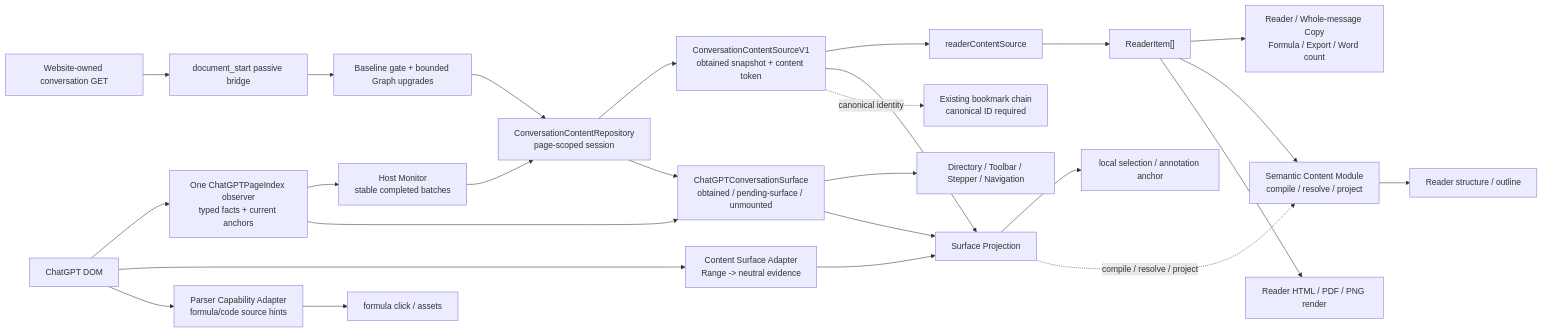
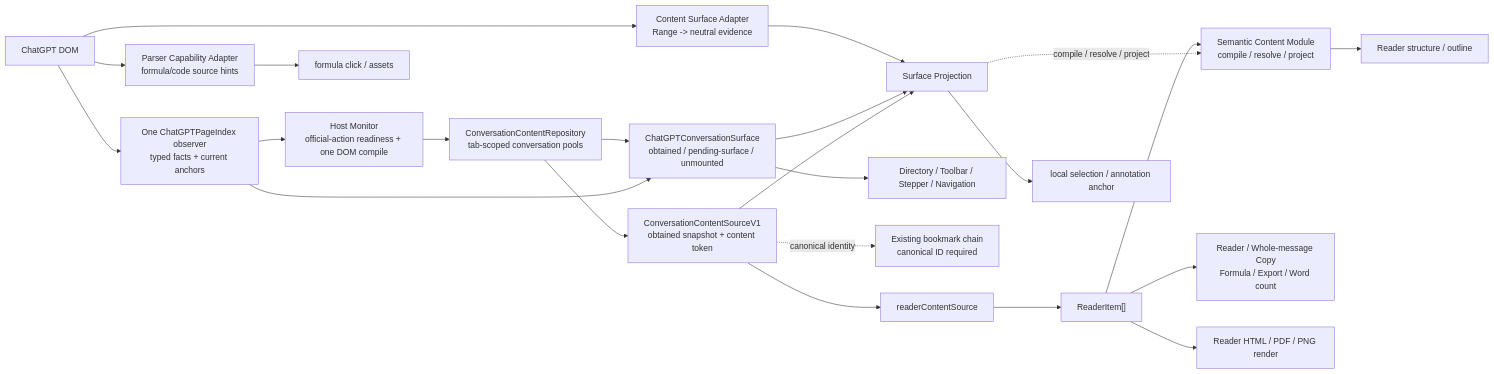
One commit to zhaoliangbin42/AI-MarkDone changed the diagram in docs/architecture/BLUEPRINT.md. Above: the diagram before and after it, drawn with Mermaid. The commit also changed other lines of this file and 58 other files, not shown here.

Commit message:
refactor(chatgpt): use DOM-authoritative content pool

````diff
--- a/docs/architecture/BLUEPRINT.md
+++ b/docs/architecture/BLUEPRINT.md
@@ -106,42 +103,38 @@
 ```mermaid
 flowchart LR
-    GET["Website-owned conversation GET"]
-    Bridge["document_start passive bridge"]
-    Gate["Baseline gate + bounded Graph upgrades"]
     DOM["ChatGPT DOM"]
     PageIndex["One ChatGPTPageIndex observer<br/>typed facts + current anchors"]
-    Monitor["Host Monitor<br/>stable completed batches"]
-    Session["ConversationContentRepository<br/>page-scoped session"]
+    Monitor["Host Monitor<br/>official-action readiness + one DOM compile"]
+    Session["ConversationContentRepository<br/>tab-scoped conversation pools"]
     ContentPort["ConversationContentSourceV1<br/>obtained snapshot + content token"]
     ConversationSurface["ChatGPTConversationSurface<br/>obtained / pending-surface / unmounted"]
     Semantic["Semantic Content Module<br/>compile / resolve / project"]
     ReaderSource["readerContentSource"]
     ReaderItems["ReaderItem[]"]
     Body["Reader / Whole-message Copy<br/>Formula / Export / Word count"]
     SurfaceConsumers["Directory / Toolbar / Stepper / Navigation"]
     Bookmark["Existing bookmark chain<br/>canonical ID required"]
     Structure["Reader structure / outline"]
     Render["Reader HTML / PDF / PNG render"]
 
     SurfaceAdapter["Content Surface Adapter<br/>Range -> neutral evidence"]
     SurfaceProjection["Surface Projection"]
     ParserAdapter["Parser Capability Adapter<br/>formula/code source hints"]
     Formula["formula click / assets"]
     Selection["local selection / annotation anchor"]
-    GET --> Bridge --> Gate --> Session
     DOM --> PageIndex --> Monitor --> Session
     Session --> ContentPort
     Session --> ConversationSurface
     PageIndex --> ConversationSurface
     ConversationSurface --> SurfaceConsumers
     ContentPort --> ReaderSource --> ReaderItems
     ReaderItems --> Body
     ReaderItems --> Semantic --> Structure
     ReaderItems --> Render
     DOM --> SurfaceAdapter --> SurfaceProjection
     ConversationSurface --> SurfaceProjection
     ContentPort --> SurfaceProjection --> Selection
     SurfaceProjection -. "compile / resolve / project" .-> Semantic
     DOM --> ParserAdapter --> Formula
     ContentPort -. "canonical identity" .-> Bookmark
 ```
````
